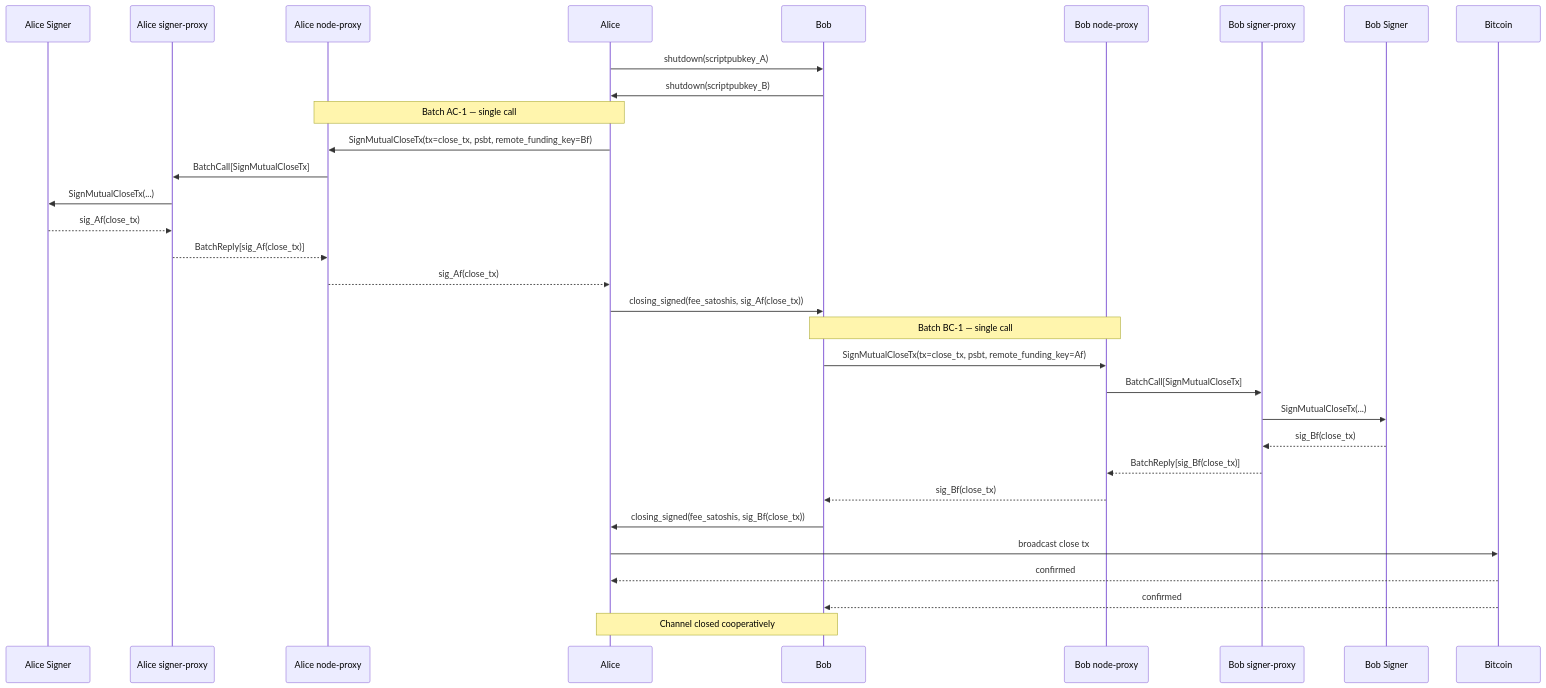
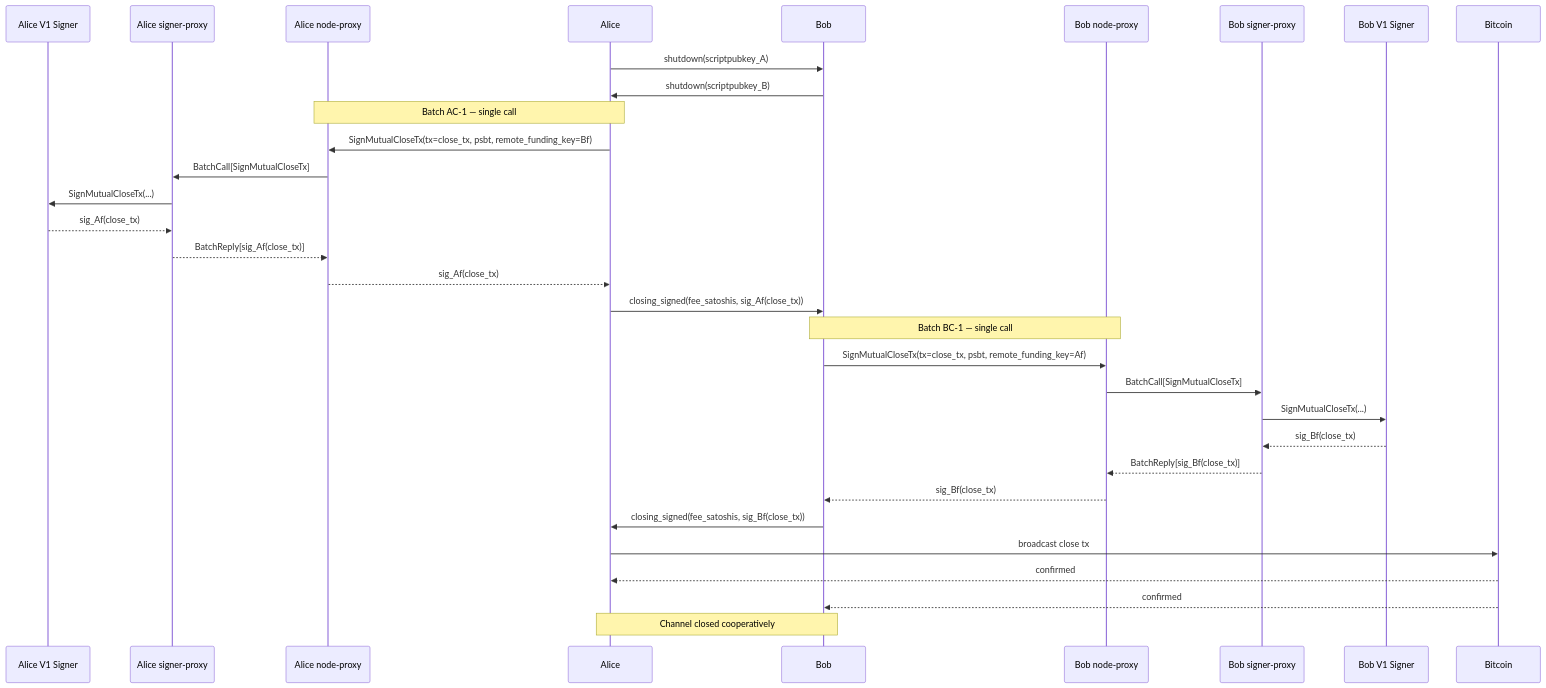
Before and after one commit to dukeh3/vls-arch: the fourth of 4 diagrams in future/01-alice-pays-bob.md, drawn with Mermaid. The commit also changed other lines of this file and 2 other files, not shown here.

````diff
--- a/future/01-alice-pays-bob.md
+++ b/future/01-alice-pays-bob.md
@@ -444,41 +444,41 @@
 ```mermaid
 sequenceDiagram
-    participant SignerA as Alice Signer
+    participant SignerA as Alice V1 Signer
     participant ProxyA2 as Alice signer-proxy
     participant ProxyA1 as Alice node-proxy
     participant Alice
     participant Bob
     participant ProxyB1 as Bob node-proxy
     participant ProxyB2 as Bob signer-proxy
-    participant SignerB as Bob Signer
+    participant SignerB as Bob V1 Signer
     participant Bitcoin
 
     Alice->>Bob: shutdown(scriptpubkey_A)
     Bob->>Alice: shutdown(scriptpubkey_B)
 
     Note over Alice, ProxyA1: Batch AC-1 — single call
     Alice->>ProxyA1: SignMutualCloseTx(tx=close_tx, psbt, remote_funding_key=Bf)
     ProxyA1->>ProxyA2: BatchCall[SignMutualCloseTx]
     ProxyA2->>SignerA: SignMutualCloseTx(...)
     SignerA-->>ProxyA2: sig_Af(close_tx)
     ProxyA2-->>ProxyA1: BatchReply[sig_Af(close_tx)]
     ProxyA1-->>Alice: sig_Af(close_tx)
 
     Alice->>Bob: closing_signed(fee_satoshis, sig_Af(close_tx))
 
     Note over Bob, ProxyB1: Batch BC-1 — single call
     Bob->>ProxyB1: SignMutualCloseTx(tx=close_tx, psbt, remote_funding_key=Af)
     ProxyB1->>ProxyB2: BatchCall[SignMutualCloseTx]
     ProxyB2->>SignerB: SignMutualCloseTx(...)
     SignerB-->>ProxyB2: sig_Bf(close_tx)
     ProxyB2-->>ProxyB1: BatchReply[sig_Bf(close_tx)]
     ProxyB1-->>Bob: sig_Bf(close_tx)
 
     Bob->>Alice: closing_signed(fee_satoshis, sig_Bf(close_tx))
 
     Alice->>Bitcoin: broadcast close tx
     Bitcoin-->>Alice: confirmed
     Bitcoin-->>Bob: confirmed
 
     Note over Alice, Bob: Channel closed cooperatively
 ```
````
